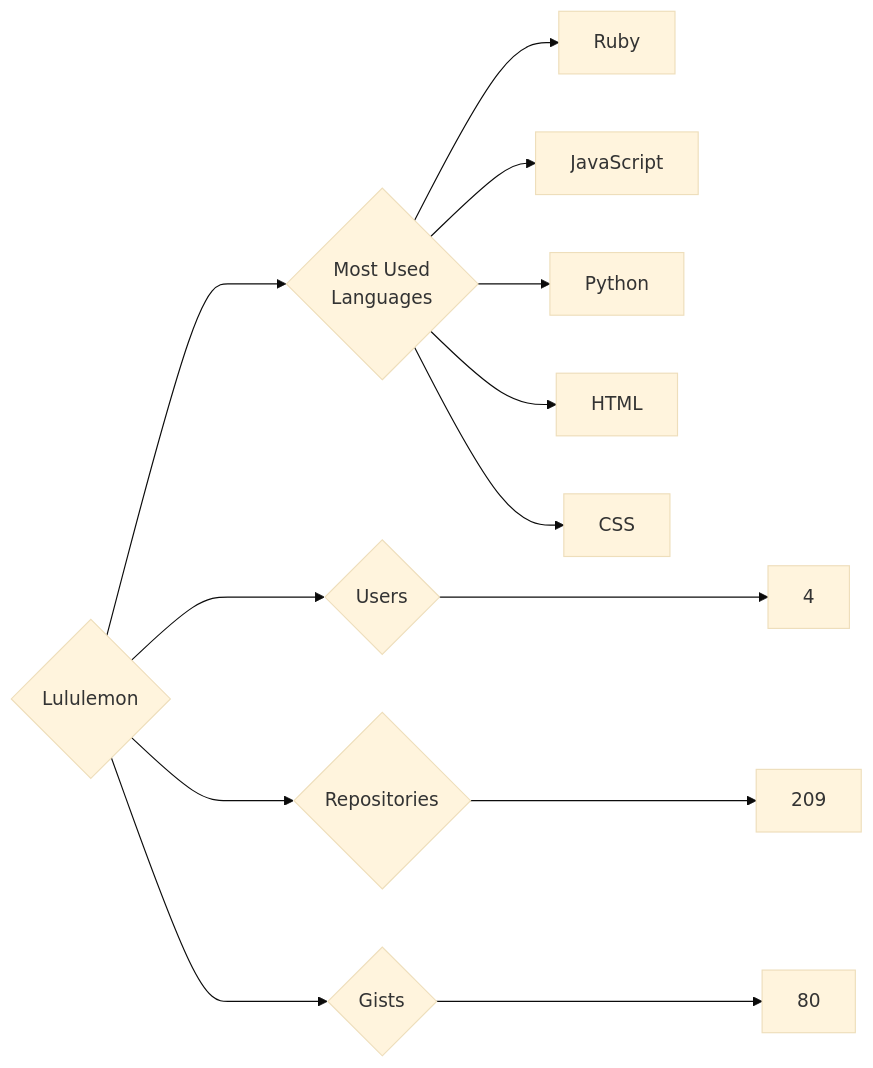
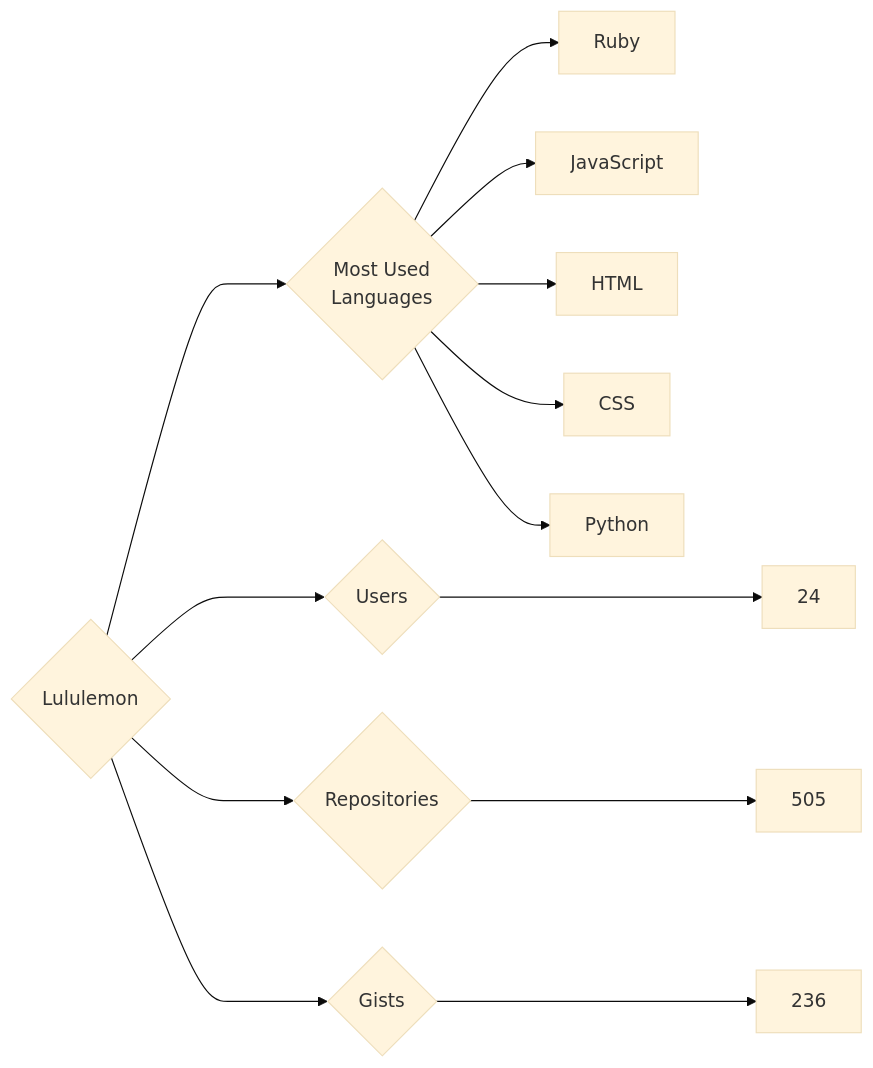
Before and after one commit to trickest/insiders: the diagram in targets/Lululemon/README.md, drawn with Mermaid (base theme). The commit also changed 877 other files, not shown here.

````diff
--- a/targets/Lululemon/README.md
+++ b/targets/Lululemon/README.md
@@ -3,13 +3,13 @@
 ```mermaid
 graph LR
 COMPANY_NAME{Lululemon}
-COMPANY_NAME ---> U{Users} ---> UN[4]
-COMPANY_NAME ---> R{Repositories} ---> RN[209]
-COMPANY_NAME ---> G{Gists} ---> GN[80]
+COMPANY_NAME ---> U{Users} ---> UN[24]
+COMPANY_NAME ---> R{Repositories} ---> RN[505]
+COMPANY_NAME ---> G{Gists} ---> GN[236]
 COMPANY_NAME ---> ML{Most Used<br>Languages}
 ML --> Ruby[Ruby]
 ML --> JavaScript[JavaScript]
-ML --> Python[Python]
 ML --> HTML[HTML]
 ML --> CSS[CSS]
+ML --> Python[Python]
 ```
````
